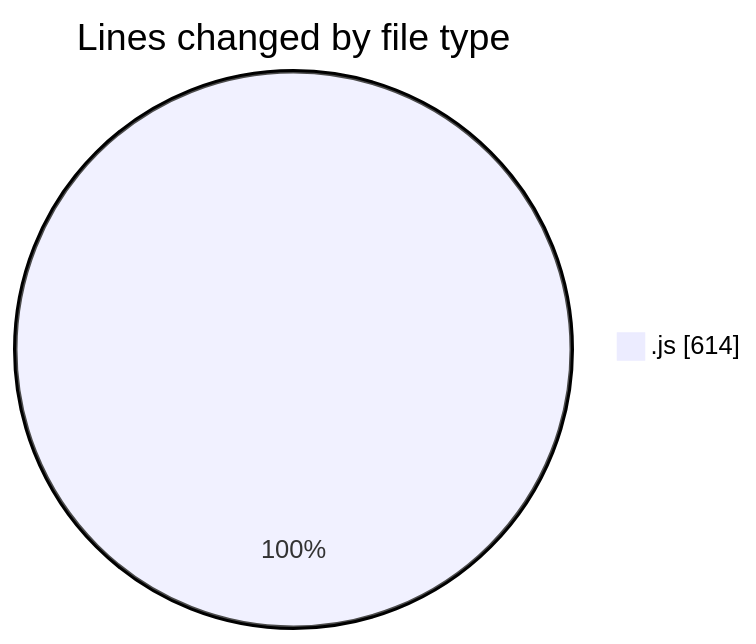
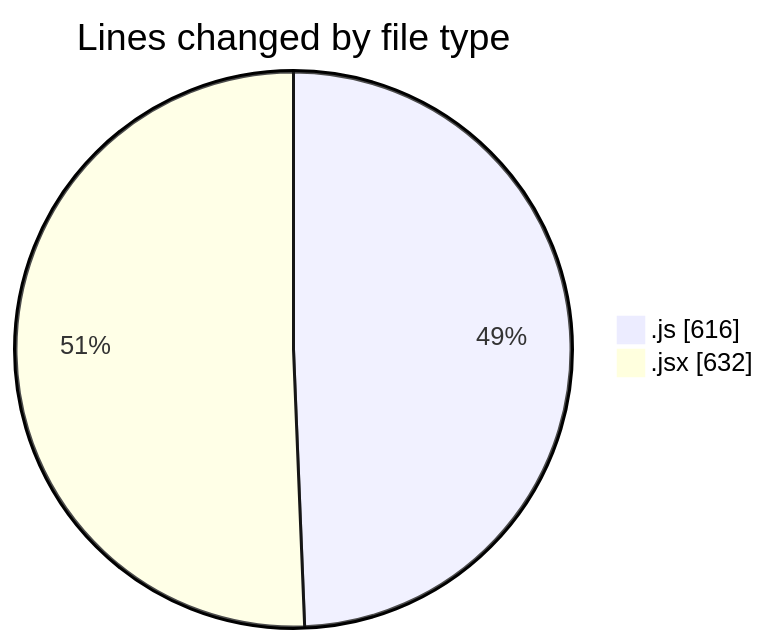
The first of 2 diagrams in 2026-01-15/nxtqube_webapp/README.md (nxtqubesakshisongat/code-tracking), drawn with Mermaid before and after one commit. The commit also changed other lines of this file and 1 other file, not shown here.

````diff
--- a/2026-01-15/nxtqube_webapp/README.md
+++ b/2026-01-15/nxtqube_webapp/README.md
@@ -20,5 +21,6 @@
 ```mermaid
 pie showData
 title Lines changed by file type
-".js" : 614
+".js" : 616
+".jsx" : 632
 ```
````
